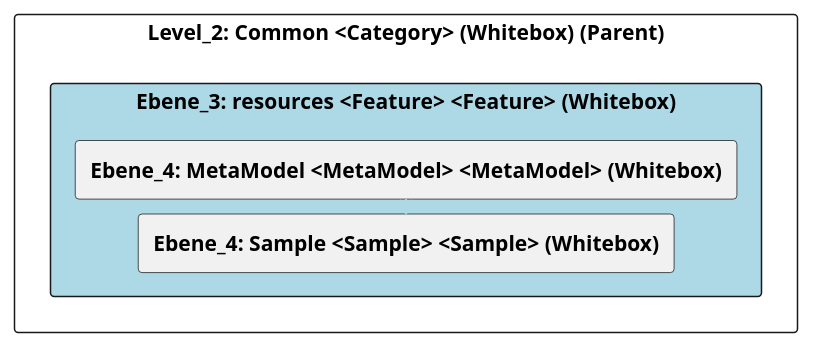
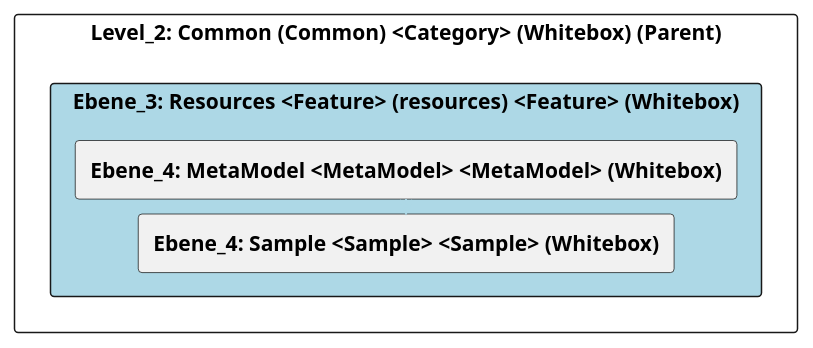
The diagram in doc/cleonproject_deliverables_architecture_model_architecture/adoc/de/05_bausteinsicht/cleon/common/resources/ebene_3_resources.adoc (marcozwyssig/cleon), drawn with PlantUML before and after one commit. The commit also changed other lines of this file and 166 other files, not shown here.

```diff
--- a/doc/cleonproject_deliverables_architecture_model_architecture/adoc/de/05_bausteinsicht/cleon/common/resources/ebene_3_resources.adoc
+++ b/doc/cleonproject_deliverables_architecture_model_architecture/adoc/de/05_bausteinsicht/cleon/common/resources/ebene_3_resources.adoc
@@ -20,28 +20,28 @@
-[plantuml, Ebene_3: resources <Feature> <Feature> (Whitebox)BlockOverview, format="svg"]
+[plantuml, Ebene_3: Resources <Feature> (resources) <Feature> (Whitebox)BlockOverview, format="svg"]
 ----
-@startuml Ebene_3: resources <Feature> <Feature> (Whitebox)BuildingBlockOverview
+@startuml Ebene_3: Resources <Feature> (resources) <Feature> (Whitebox)BuildingBlockOverview
 
 skinparam ranksep 10
 skinparam componentStyle rectangle
 skinparam shadowing false
 skinparam arrowColor lightblue
 skinparam arrowThickness 1.2
 skinparam rectangle {
   BackgroundColor White
   BorderColor #333
   RoundCorner 10
 }
 top to bottom direction
 
-component "Level_2: Common <Category> (Whitebox) (Parent)" {
-    component "Ebene_3: resources <Feature> <Feature> (Whitebox)" #lightblue {
+component "Level_2: Common (Common) <Category> (Whitebox) (Parent)" {
+    component "Ebene_3: Resources <Feature> (resources) <Feature> (Whitebox)" #lightblue {
         [**Ebene_4: MetaModel <MetaModel> <MetaModel> (Whitebox)**] as 4A56DE3B_D579_11EE_903E_9F564E4DE07E
         [**Ebene_4: Sample <Sample> <Sample> (Whitebox)**] as 4A570573_D579_11EE_903E_9F564E4DE07E
     }
 
     4A56DE3B_D579_11EE_903E_9F564E4DE07E -down-> 4A570573_D579_11EE_903E_9F564E4DE07E
     
 }
 
 @enduml
 ----
```
